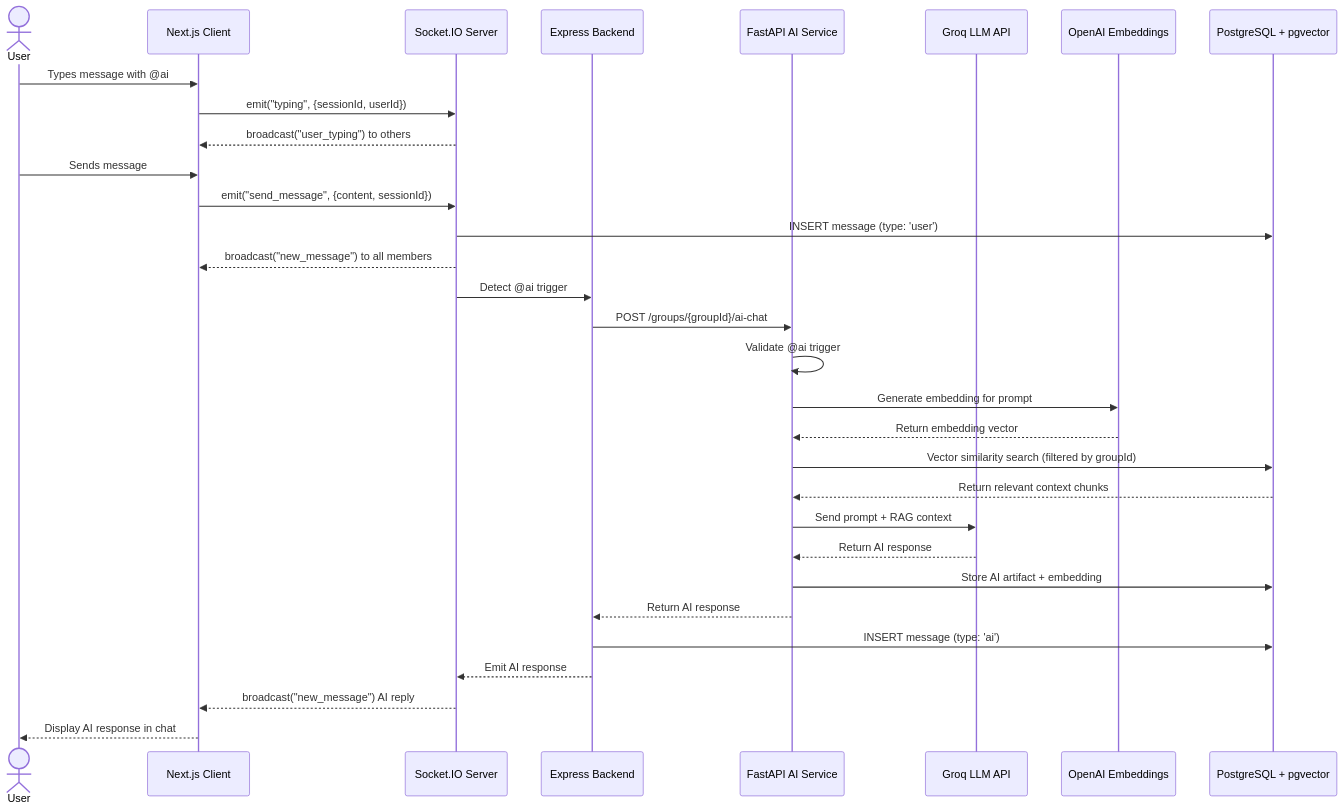
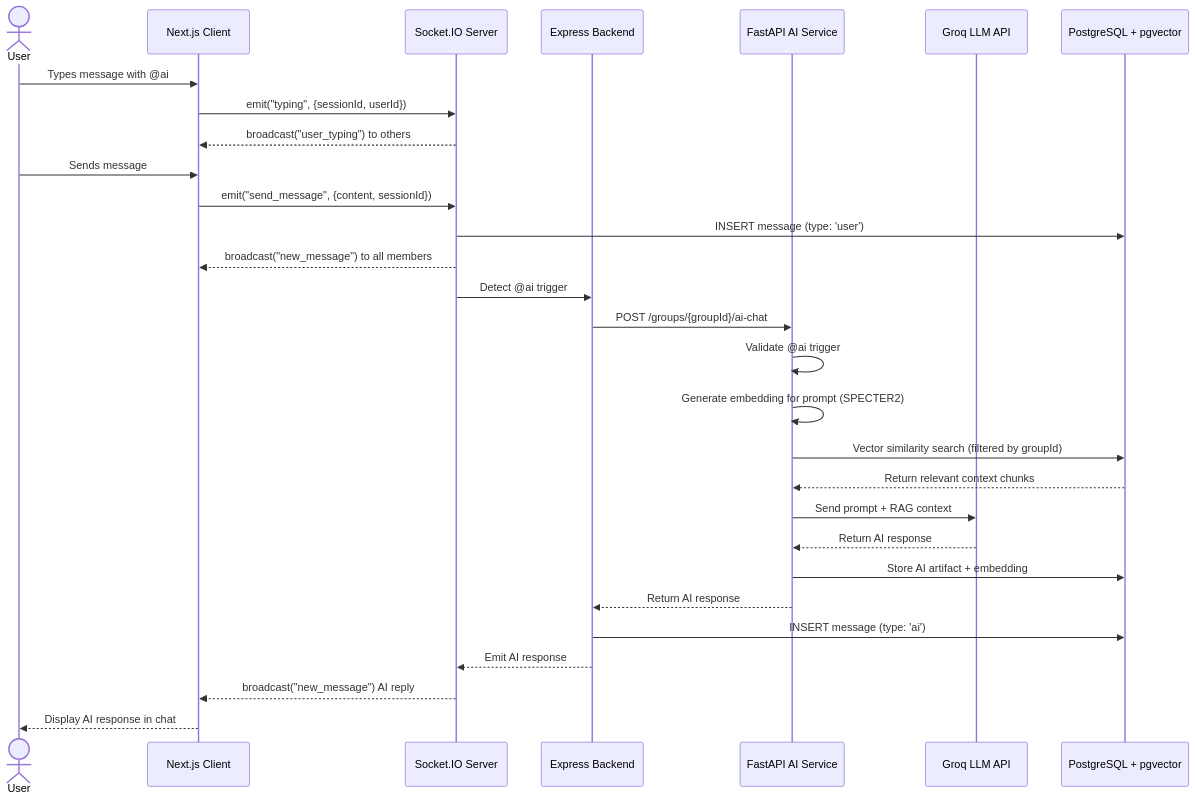
The fifth of 11 diagrams in docs/UML-Diagrams.md (BRUH-MAIN/OpenResearch), drawn with Mermaid before and after one commit. The commit also changed other lines of this file and 44 other files, not shown here.

````diff
--- a/docs/UML-Diagrams.md
+++ b/docs/UML-Diagrams.md
@@ -363,36 +362,34 @@
 ```mermaid
 sequenceDiagram
     actor User
     participant Client as Next.js Client
     participant Socket as Socket.IO Server
     participant Server as Express Backend
     participant AI as FastAPI AI Service
     participant Groq as Groq LLM API
-    participant OpenAI as OpenAI Embeddings
     participant DB as PostgreSQL + pgvector
 
     User->>Client: Types message with @ai
     Client->>Socket: emit("typing", {sessionId, userId})
     Socket-->>Client: broadcast("user_typing") to others
 
     User->>Client: Sends message
     Client->>Socket: emit("send_message", {content, sessionId})
     Socket->>DB: INSERT message (type: 'user')
     Socket-->>Client: broadcast("new_message") to all members
 
     Socket->>Server: Detect @ai trigger
     Server->>AI: POST /groups/{groupId}/ai-chat
     AI->>AI: Validate @ai trigger
-    AI->>OpenAI: Generate embedding for prompt
-    OpenAI-->>AI: Return embedding vector
+    AI->>AI: Generate embedding for prompt (SPECTER2)
     AI->>DB: Vector similarity search (filtered by groupId)
     DB-->>AI: Return relevant context chunks
     AI->>Groq: Send prompt + RAG context
     Groq-->>AI: Return AI response
     AI->>DB: Store AI artifact + embedding
     AI-->>Server: Return AI response
     Server->>DB: INSERT message (type: 'ai')
     Server-->>Socket: Emit AI response
     Socket-->>Client: broadcast("new_message") AI reply
     Client-->>User: Display AI response in chat
 ```
````
